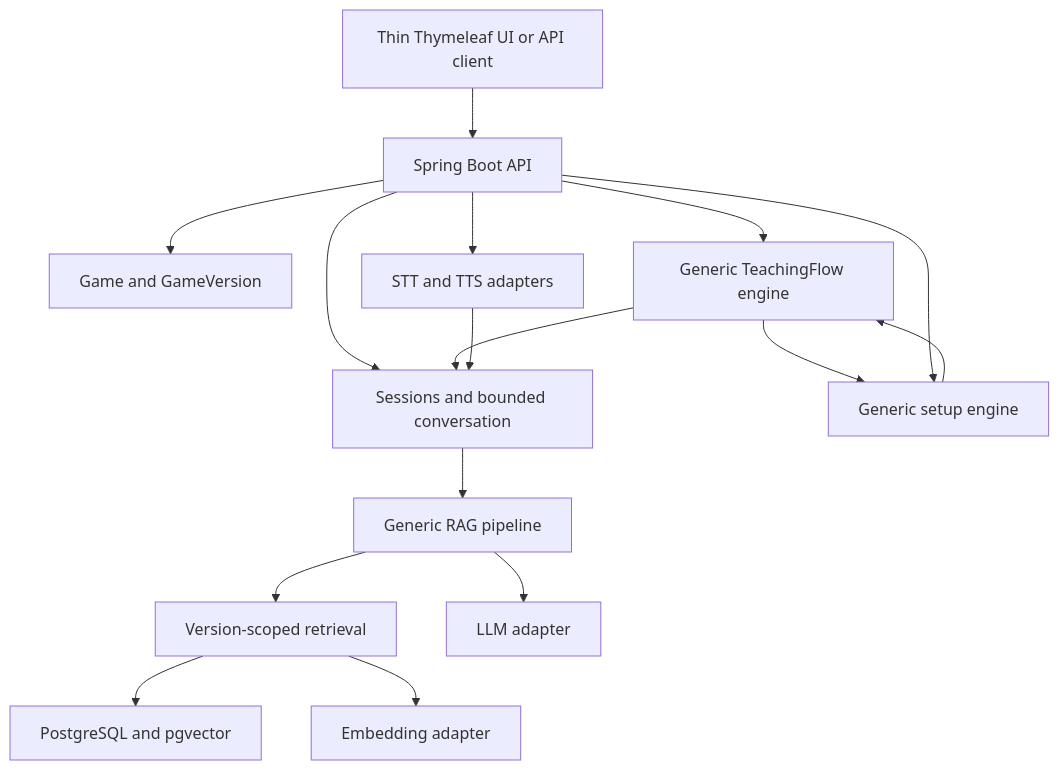
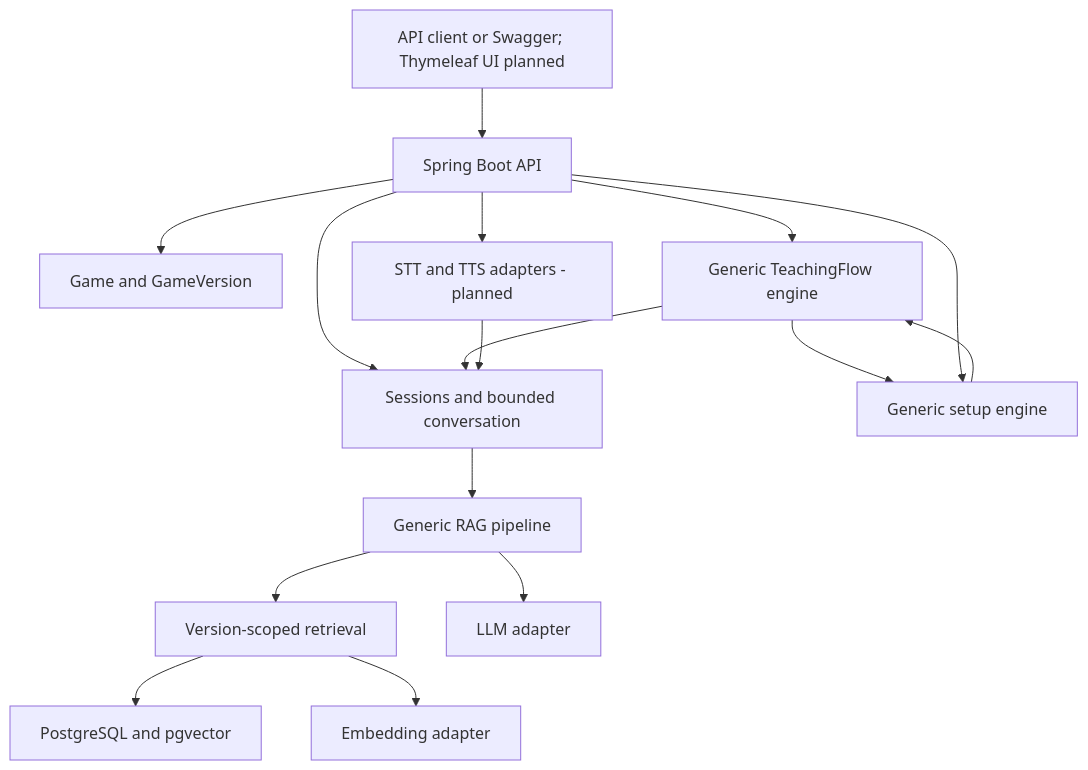
Before and after one commit to nataliachs/board-game-master: the diagram in README.md, drawn with Mermaid. The commit also changed other lines of this file, not shown here.

````diff
--- a/README.md
+++ b/README.md
@@ -169,18 +178,18 @@
 ```mermaid
 flowchart TD
-  Client[Thin Thymeleaf UI or API client] --> API[Spring Boot API]
+  Client[API client or Swagger; Thymeleaf UI planned] --> API[Spring Boot API]
   API --> Games[Game and GameVersion]
   API --> Sessions[Sessions and bounded conversation]
   API --> Teaching[Generic TeachingFlow engine]
   Teaching --> Setup[Generic setup engine]
   Setup --> Teaching
   Teaching --> Sessions
   API --> Setup
-  API --> Voice[STT and TTS adapters]
+  API --> Voice[STT and TTS adapters - planned]
   Voice --> Sessions
   Sessions --> RAG[Generic RAG pipeline]
   RAG --> Retrieval[Version-scoped retrieval]
   Retrieval --> DB[PostgreSQL and pgvector]
   RAG --> LLM[LLM adapter]
   Retrieval --> Embeddings[Embedding adapter]
 ```
````
